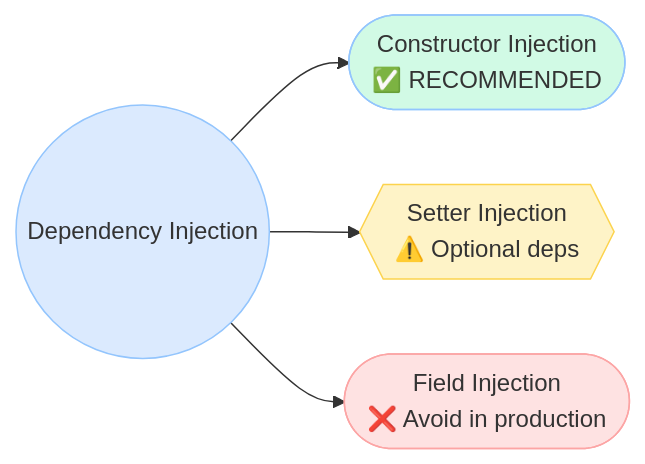
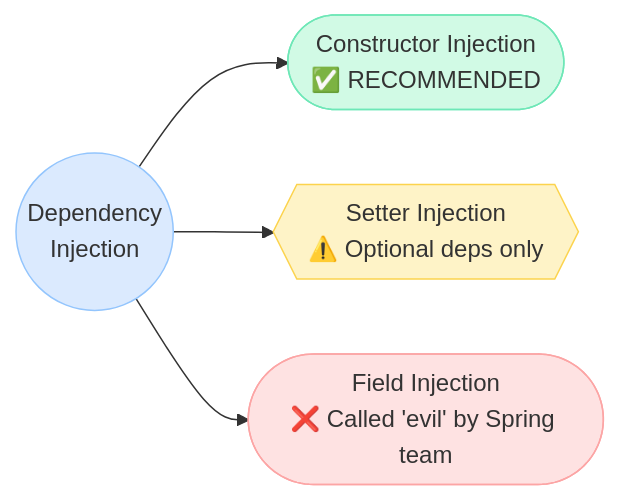
Before and after one commit to saivamsikaruturi/vamsilabs-dev-notes-main: the first of 5 diagrams in docs/springboot/typesofdi.md, drawn with Mermaid. The commit also changed other lines of this file and 21 other files, not shown here.

````diff
--- a/docs/springboot/typesofdi.md
+++ b/docs/springboot/typesofdi.md
@@ -5,11 +5,11 @@
 ```mermaid
 flowchart LR
-    A(("Dependency Injection")) --> B(["Constructor Injection<br/>✅ RECOMMENDED"])
-    A --> C{{"Setter Injection<br/>⚠️ Optional deps"}}
-    A --> D(["Field Injection<br/>❌ Avoid in production"])
+    A(("Dependency<br/>Injection")) --> B(["Constructor Injection<br/>✅ RECOMMENDED"])
+    A --> C{{"Setter Injection<br/>⚠️ Optional deps only"}}
+    A --> D(["Field Injection<br/>❌ Called 'evil' by Spring team"])
 
     style A fill:#DBEAFE,stroke:#93C5FD
-    style B fill:#D1FAE5,stroke:#93C5FD
+    style B fill:#D1FAE5,stroke:#6EE7B7
     style C fill:#FEF3C7,stroke:#FCD34D
     style D fill:#FEE2E2,stroke:#FCA5A5
 ```
````
